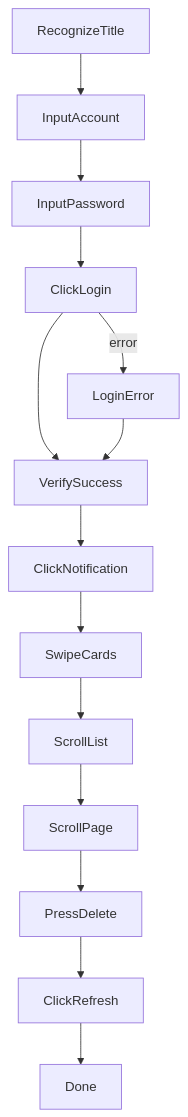
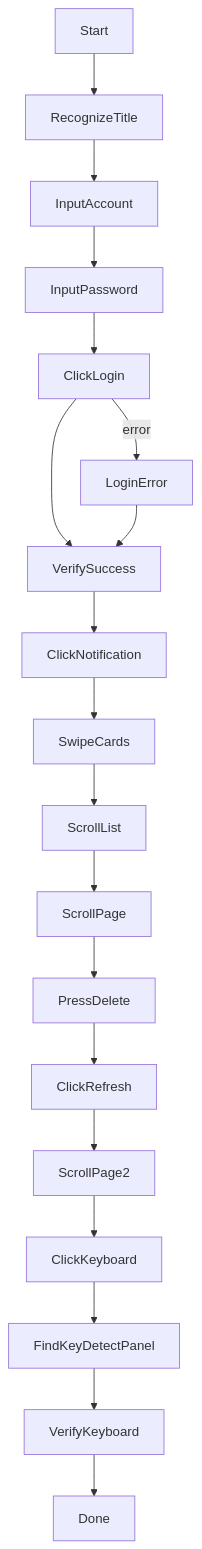
The diagram in src-tauri/resources/pipelines/sample/sample.md (luberserker0v0/watchdog-automation), drawn with Mermaid before and after one commit. The commit also changed 61 other files, not shown here.

````diff
--- a/src-tauri/resources/pipelines/sample/sample.md
+++ b/src-tauri/resources/pipelines/sample/sample.md
@@ -1,30 +1,41 @@
 ```mermaid
+
 flowchart TD
+    Start["Start"]
     RecognizeTitle["RecognizeTitle"]
     InputAccount["InputAccount"]
     InputPassword["InputPassword"]
     ClickLogin["ClickLogin"]
     LoginError["LoginError"]
     VerifySuccess["VerifySuccess"]
     ClickNotification["ClickNotification"]
     SwipeCards["SwipeCards"]
     ScrollList["ScrollList"]
     ScrollPage["ScrollPage"]
     PressDelete["PressDelete"]
     ClickRefresh["ClickRefresh"]
+    ScrollPage2["ScrollPage2"]
+    ClickKeyboard["ClickKeyboard"]
+    FindKeyDetectPanel["FindKeyDetectPanel"]
+    VerifyKeyboard["VerifyKeyboard"]
     Done["Done"]
 
+    Start --> RecognizeTitle
     RecognizeTitle --> InputAccount
     InputAccount --> InputPassword
     InputPassword --> ClickLogin
     ClickLogin --> VerifySuccess
     ClickLogin -->|error| LoginError
     LoginError --> VerifySuccess
     VerifySuccess --> ClickNotification
     ClickNotification --> SwipeCards
     SwipeCards --> ScrollList
     ScrollList --> ScrollPage
     ScrollPage --> PressDelete
     PressDelete --> ClickRefresh
-    ClickRefresh --> Done
+    ClickRefresh --> ScrollPage2
+    ScrollPage2 --> ClickKeyboard
+    ClickKeyboard --> FindKeyDetectPanel
+    FindKeyDetectPanel --> VerifyKeyboard
+    VerifyKeyboard --> Done
 ```
````
